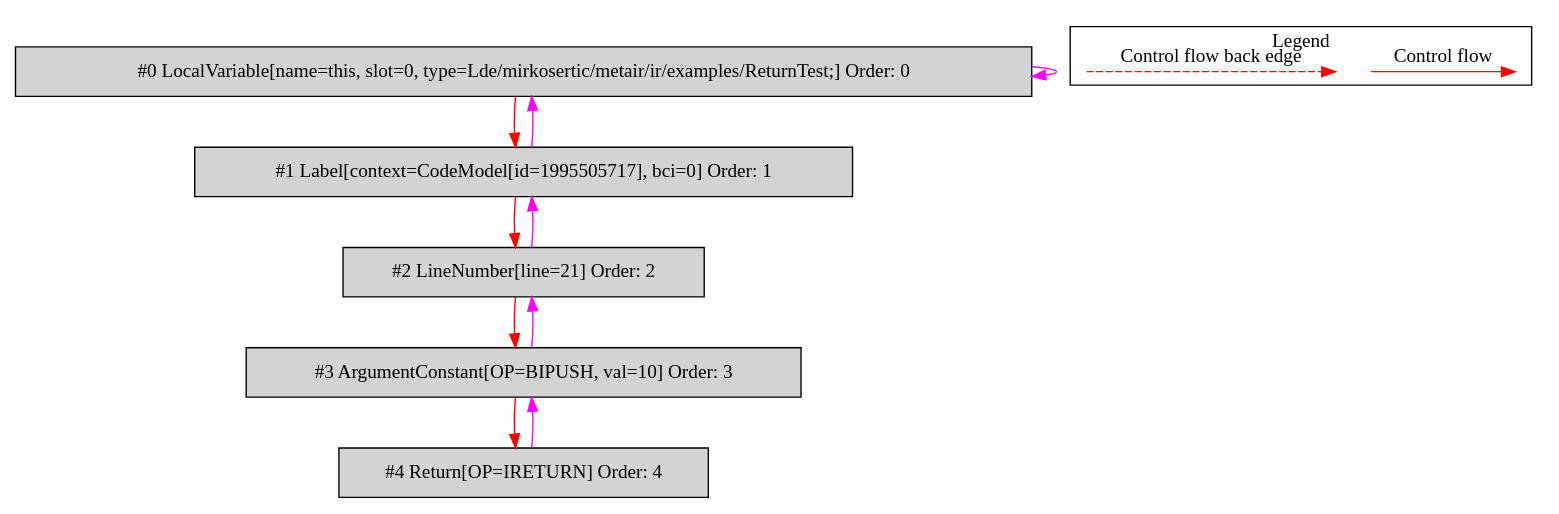
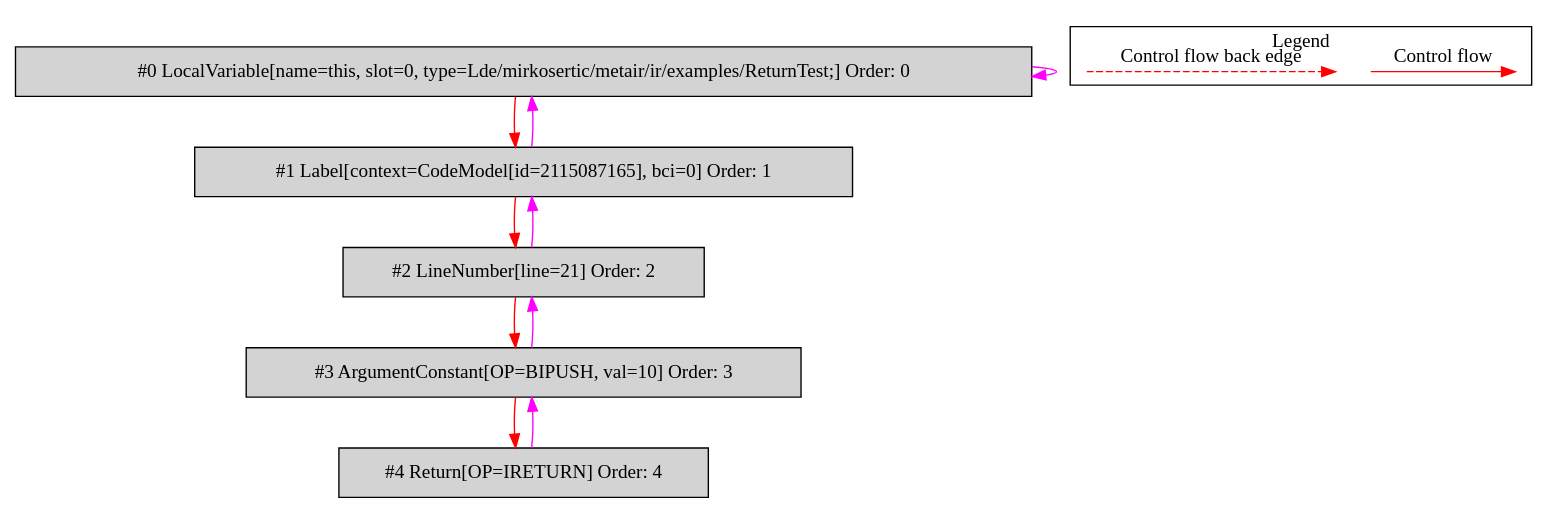
One commit to mirkosertic/MetaIR changed the diagram in de.mirkosertic.metair.ir.examples.ReturnTest/returnShort/bytecodecfg.dot. Above: the diagram before and after it, drawn with Graphviz. The commit also changed 477 other files, not shown here.

```diff
--- a/de.mirkosertic.metair.ir.examples.ReturnTest/returnShort/bytecodecfg.dot
+++ b/de.mirkosertic.metair.ir.examples.ReturnTest/returnShort/bytecodecfg.dot
@@ -1,31 +1,31 @@
 digraph {
  ordering="in";
  node0[label="#0 LocalVariable[name=this, slot=0, type=Lde/mirkosertic/metair/ir/examples/ReturnTest;] Order: 0", shape=box, fillcolor=lightgrey, style=filled];
- node1[label="#1 Label[context=CodeModel[id=1995505717], bci=0] Order: 1", shape=box, fillcolor=lightgrey, style=filled];
+ node1[label="#1 Label[context=CodeModel[id=2115087165], bci=0] Order: 1", shape=box, fillcolor=lightgrey, style=filled];
  node2[label="#2 LineNumber[line=21] Order: 2", shape=box, fillcolor=lightgrey, style=filled];
  node3[label="#3 ArgumentConstant[OP=BIPUSH, val=10] Order: 3", shape=box, fillcolor=lightgrey, style=filled];
  node4[label="#4 Return[OP=IRETURN] Order: 4", shape=box, fillcolor=lightgrey, style=filled];
  node0 -> node0[color=fuchsia];
  node0 -> node1[color=red];
  node1 -> node0[color=fuchsia];
  node1 -> node2[color=red];
  node2 -> node1[color=fuchsia];
  node2 -> node3[color=red];
  node3 -> node2[color=fuchsia];
  node3 -> node4[color=red];
  node4 -> node3[color=fuchsia];
  subgraph cluster_000 {
   label = "Legend";
   node [shape=point]
   {
    rank=same;
    c0 [style = invis];
    c1 [style = invis];
    c2 [style = invis];
    c3 [style = invis];
   }
   c0 -> c1 [label="Control flow", style=solid, color=red]
   c2 -> c3 [label="Control flow back edge", style=dashed, color=red]
  }
 
 }
```
